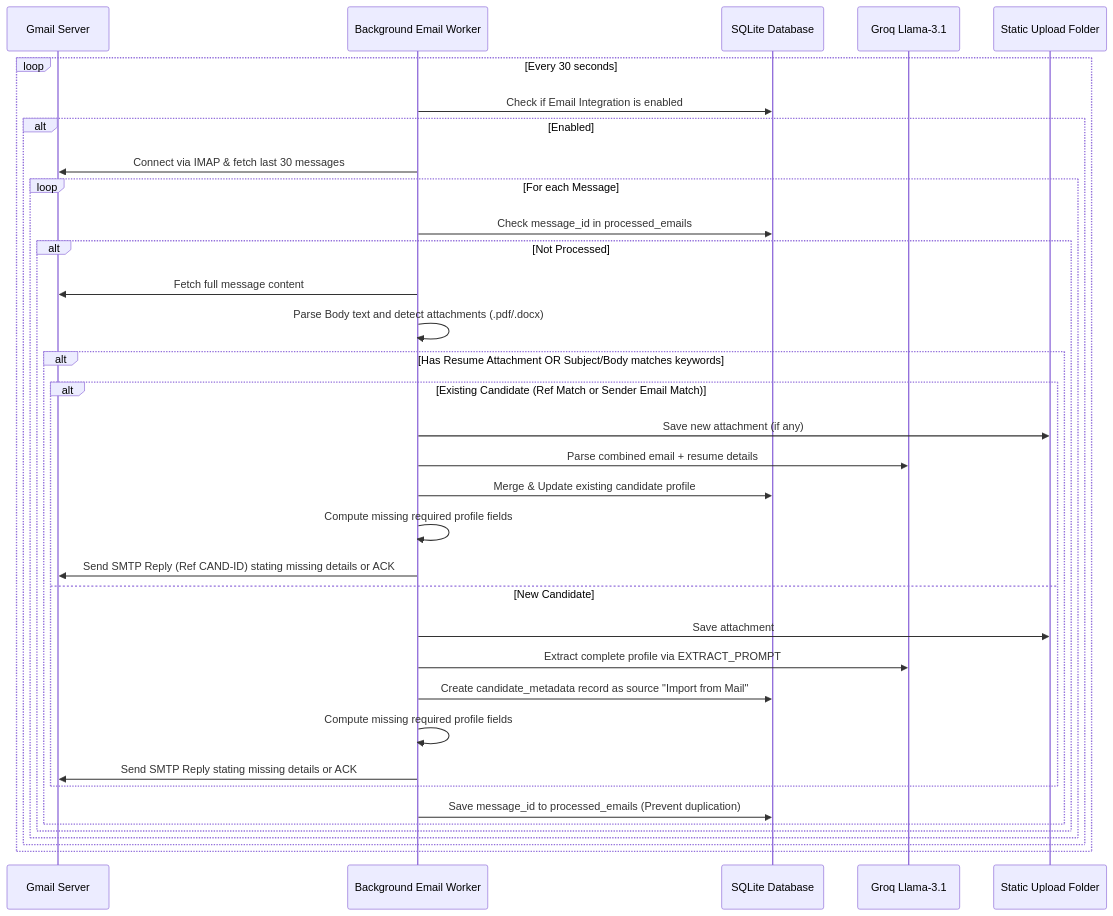
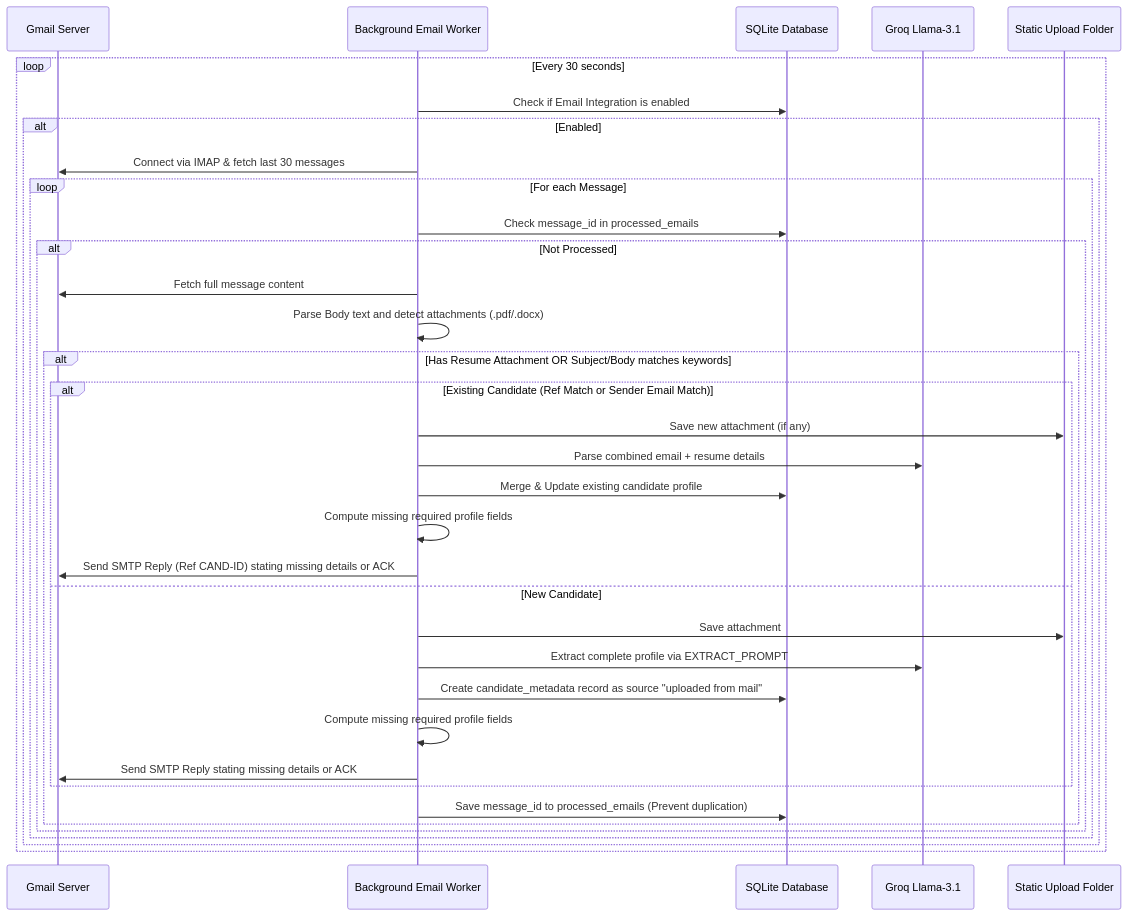
One commit to Alamaticz-Solutions/Smart-Hire changed the second of 2 diagrams in DOCUMENTATION.md. Above: the diagram before and after it, drawn with Mermaid. The commit also changed other lines of this file and 21 other files, not shown here.

````diff
--- a/DOCUMENTATION.md
+++ b/DOCUMENTATION.md
@@ -176,38 +178,38 @@
 ```mermaid
 sequenceDiagram
     participant Gmail as Gmail Server
     participant Worker as Background Email Worker
     participant SQLite as SQLite Database
     participant LLM as Groq Llama-3.1
     participant Disk as Static Upload Folder
     
     loop Every 30 seconds
         Worker->>SQLite: Check if Email Integration is enabled
         alt Enabled
             Worker->>Gmail: Connect via IMAP & fetch last 30 messages
             loop For each Message
                 Worker->>SQLite: Check message_id in processed_emails
                 alt Not Processed
                     Worker->>Gmail: Fetch full message content
                     Worker->>Worker: Parse Body text and detect attachments (.pdf/.docx)
                     alt Has Resume Attachment OR Subject/Body matches keywords
                         alt Existing Candidate (Ref Match or Sender Email Match)
                             Worker->>Disk: Save new attachment (if any)
                             Worker->>LLM: Parse combined email + resume details
                             Worker->>SQLite: Merge & Update existing candidate profile
                             Worker->>Worker: Compute missing required profile fields
                             Worker->>Gmail: Send SMTP Reply (Ref CAND-ID) stating missing details or ACK
                         else New Candidate
                             Worker->>Disk: Save attachment
                             Worker->>LLM: Extract complete profile via EXTRACT_PROMPT
-                            Worker->>SQLite: Create candidate_metadata record as source "Import from Mail"
+                            Worker->>SQLite: Create candidate_metadata record as source "uploaded from mail"
                             Worker->>Worker: Compute missing required profile fields
                             Worker->>Gmail: Send SMTP Reply stating missing details or ACK
                         end
                         Worker->>SQLite: Save message_id to processed_emails (Prevent duplication)
                     end
                 end
             end
         end
     end
 ```
````
